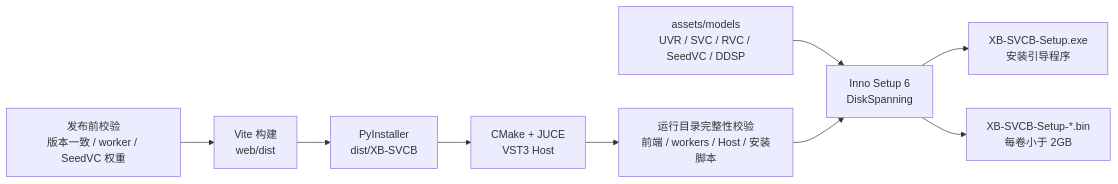
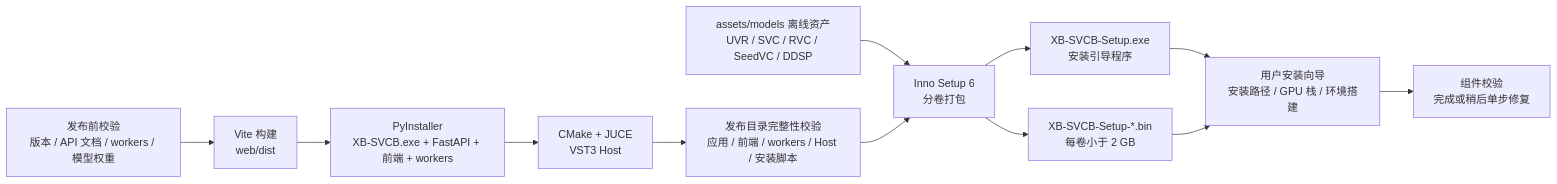
One commit to SDIJF1521/xb-svcb changed the third of 3 diagrams in README.md. Above: the diagram before and after it, drawn with Mermaid. The commit also changed other lines of this file and 6 other files, not shown here.

````diff
--- a/README.md
+++ b/README.md
@@ -805,11 +828,16 @@
 ```mermaid
 flowchart LR
-    CHECK["发布前校验<br/>版本一致 / worker / SeedVC 权重"] --> WEB["Vite 构建<br/>web/dist"]
-    WEB --> APP["PyInstaller<br/>dist/XB-SVCB"]
+    CHECK["发布前校验<br/>版本 / API 文档 / workers / 模型权重"] --> WEB["Vite 构建<br/>web/dist"]
+    WEB --> APP["PyInstaller<br/>XB-SVCB.exe + FastAPI + 前端 + workers"]
     APP --> HOST["CMake + JUCE<br/>VST3 Host"]
-    HOST --> STAGE["运行目录完整性校验<br/>前端 / workers / Host / 安装脚本"]
-    ASSETS["assets/models<br/>UVR / SVC / RVC / SeedVC / DDSP"] --> ISCC["Inno Setup 6<br/>DiskSpanning"]
+    HOST --> STAGE["发布目录完整性校验<br/>应用 / 前端 / workers / Host / 安装脚本"]
+
+    ASSETS["assets/models 离线资产<br/>UVR / SVC / RVC / SeedVC / DDSP"] --> ISCC["Inno Setup 6<br/>分卷打包"]
     STAGE --> ISCC
+
     ISCC --> EXE["XB-SVCB-Setup.exe<br/>安装引导程序"]
-    ISCC --> BIN["XB-SVCB-Setup-*.bin<br/>每卷小于 2GB"]
+    ISCC --> BIN["XB-SVCB-Setup-*.bin<br/>每卷小于 2 GB"]
+    EXE --> INSTALL["用户安装向导<br/>安装路径 / GPU 栈 / 环境搭建"]
+    BIN --> INSTALL
+    INSTALL --> READY["组件校验<br/>完成或稍后单步修复"]
 ```
````
